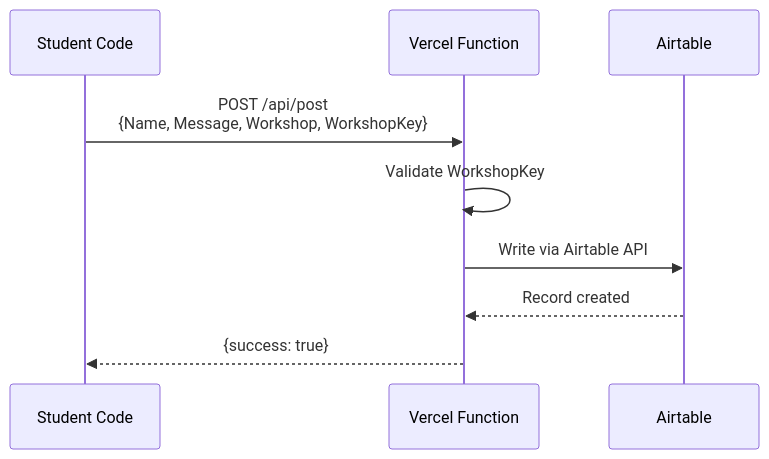
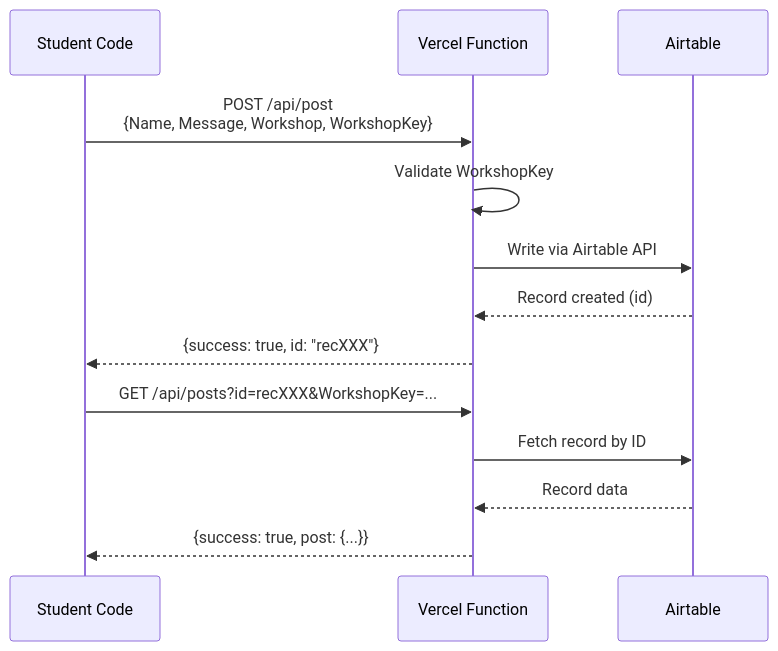
The diagram in README.md (segunak/workshops-live-feed), drawn with Mermaid before and after one commit. The commit also changed other lines of this file and 1 other file, not shown here.

Commit message:
Adding step where students must verify the result of the post in Question 4

````diff
--- a/README.md
+++ b/README.md
@@ -16,12 +17,16 @@
 ```mermaid
 sequenceDiagram
     participant Student as Student Code
     participant Vercel as Vercel Function
     participant Airtable as Airtable
 
     Student->>Vercel: POST /api/post<br/>{Name, Message, Workshop, WorkshopKey}
     Vercel->>Vercel: Validate WorkshopKey
     Vercel->>Airtable: Write via Airtable API
-    Airtable-->>Vercel: Record created
-    Vercel-->>Student: {success: true}
+    Airtable-->>Vercel: Record created (id)
+    Vercel-->>Student: {success: true, id: "recXXX"}
+    Student->>Vercel: GET /api/posts?id=recXXX&WorkshopKey=...
+    Vercel->>Airtable: Fetch record by ID
+    Airtable-->>Vercel: Record data
+    Vercel-->>Student: {success: true, post: {...}}
 ```
````
